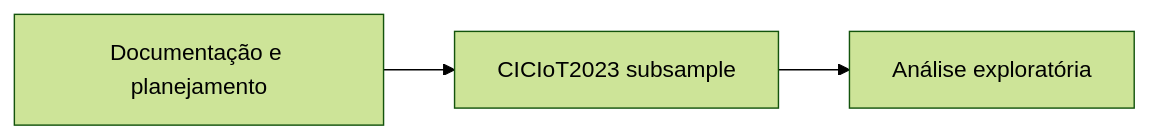
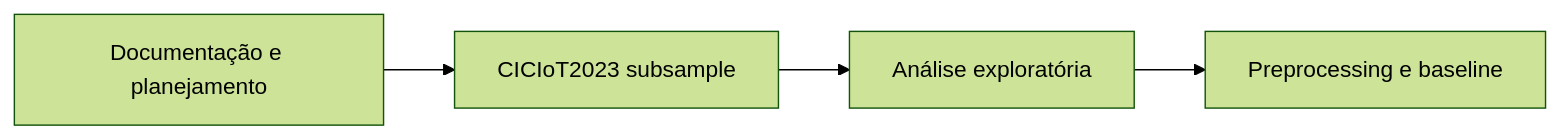
Before and after one commit to g-tavares14/netguard-ml: the first of 2 diagrams in README.md, drawn with Mermaid (forest theme). The commit also changed other lines of this file and 25 other files, not shown here.

````diff
--- a/README.md
+++ b/README.md
@@ -26,5 +26,6 @@
 ```mermaid
 flowchart LR
     DOC[Documentação e planejamento] --> DATA[CICIoT2023 subsample]
     DATA --> EDA[Análise exploratória]
+    EDA --> NEXT[Preprocessing e baseline]
 ```
````
